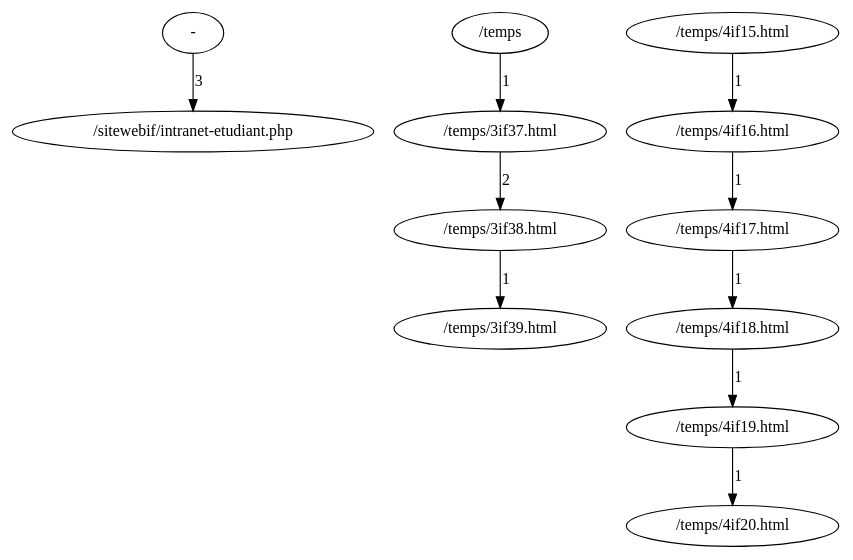
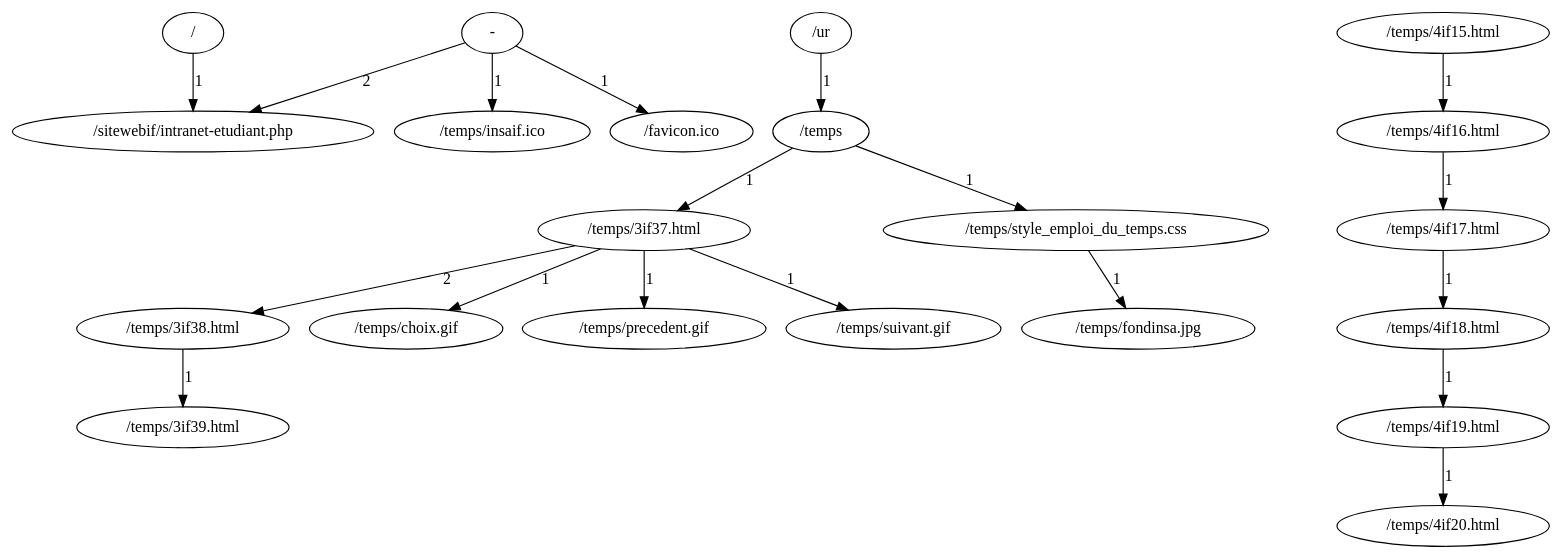
One commit to ltissier/AnalyseLogcpp changed the diagram in Test22.dot. Above: the diagram before and after it, drawn with Graphviz. The commit also changed 58 other files, not shown here.

```diff
--- a/Test22.dot
+++ b/Test22.dot
@@ -1,13 +1,22 @@
-digraph{node1 [label="/sitewebif/intranet-etudiant.php"];
+digraph{node1 [label="/favicon.ico"];
 node1a1 [label="-"];
-node1a1 -> node1 [label="3"];node2 [label="/temps/3if37.html"];
-node2a1 [label="/temps"];
-node2a1 -> node2 [label="1"];node3 [label="/temps/3if38.html"];
-node2 -> node3 [label="2"];node4 [label="/temps/3if39.html"];
-node3 -> node4 [label="1"];node5 [label="/temps/4if16.html"];
-node5a1 [label="/temps/4if15.html"];
-node5a1 -> node5 [label="1"];node6 [label="/temps/4if17.html"];
-node5 -> node6 [label="1"];node7 [label="/temps/4if18.html"];
-node6 -> node7 [label="1"];node8 [label="/temps/4if19.html"];
-node7 -> node8 [label="1"];node9 [label="/temps/4if20.html"];
-node8 -> node9 [label="1"];}
+node1a1 -> node1 [label="1"];node2 [label="/sitewebif/intranet-etudiant.php"];
+node1a1 -> node2 [label="2"];node2a2 [label="/"];
+node2a2 -> node2 [label="1"];node3 [label="/temps"];
+node3a1 [label="/ur"];
+node3a1 -> node3 [label="1"];node4 [label="/temps/3if37.html"];
+node3 -> node4 [label="1"];node5 [label="/temps/3if38.html"];
+node4 -> node5 [label="2"];node6 [label="/temps/3if39.html"];
+node5 -> node6 [label="1"];node7 [label="/temps/4if16.html"];
+node7a1 [label="/temps/4if15.html"];
+node7a1 -> node7 [label="1"];node8 [label="/temps/4if17.html"];
+node7 -> node8 [label="1"];node9 [label="/temps/4if18.html"];
+node8 -> node9 [label="1"];node10 [label="/temps/4if19.html"];
+node9 -> node10 [label="1"];node11 [label="/temps/4if20.html"];
+node10 -> node11 [label="1"];node12 [label="/temps/choix.gif"];
+node4 -> node12 [label="1"];node13 [label="/temps/fondinsa.jpg"];
+node13a1 [label="/temps/style_emploi_du_temps.css"];
+node13a1 -> node13 [label="1"];node14 [label="/temps/insaif.ico"];
+node1a1 -> node14 [label="1"];node15 [label="/temps/precedent.gif"];
+node4 -> node15 [label="1"];node3 -> node13a1 [label="1"];node17 [label="/temps/suivant.gif"];
+node4 -> node17 [label="1"];}
```
